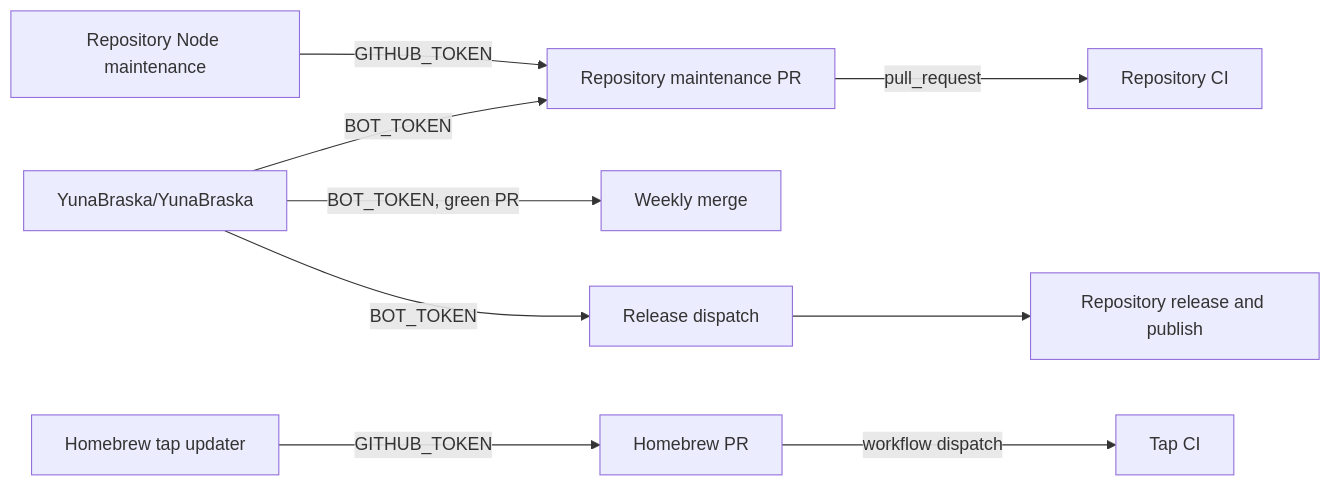
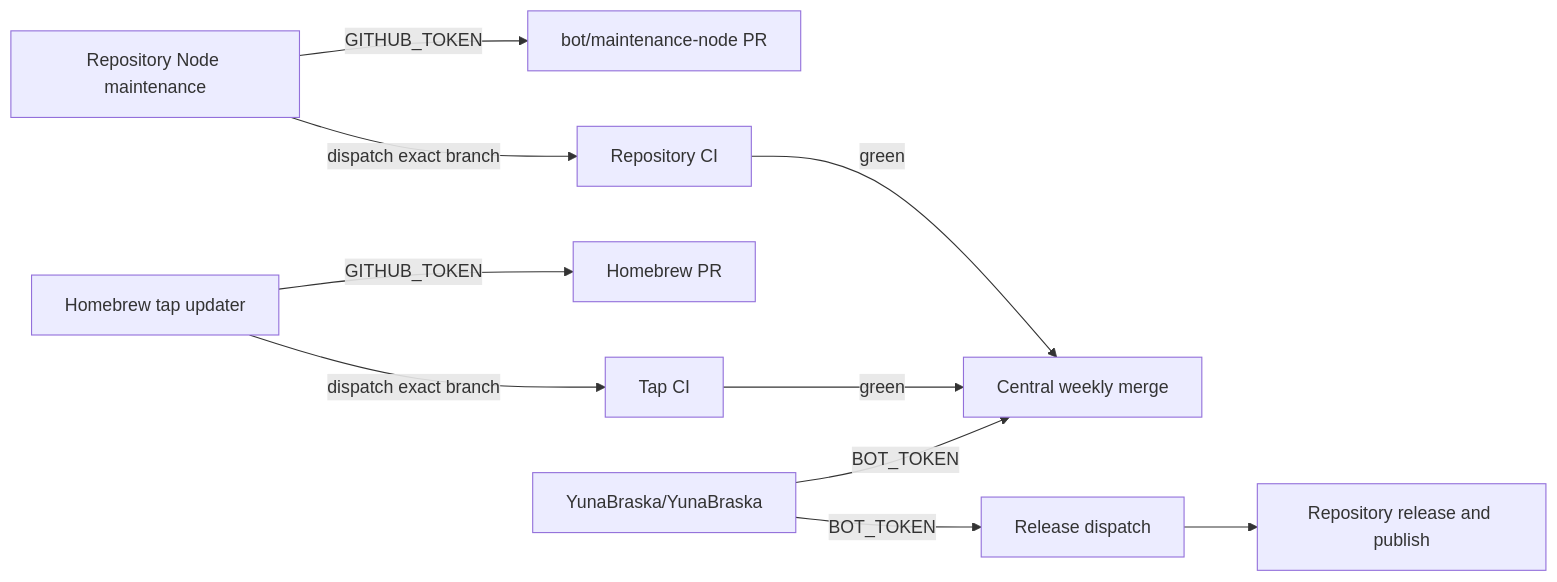
One commit to YunaBraska/YunaBraska changed the diagram in AUTOMATION.md. Above: the diagram before and after it, drawn with Mermaid. The commit also changed other lines of this file and 1 other file, not shown here.

Commit message:
fix: verify Node maintenance pull requests (#70)

````diff
--- a/AUTOMATION.md
+++ b/AUTOMATION.md
@@ -6,11 +6,12 @@
 ```mermaid
 flowchart LR
-  C[YunaBraska/YunaBraska] -->|BOT_TOKEN| R[Repository maintenance PR]
-  N[Repository Node maintenance] -->|GITHUB_TOKEN| R
+  N[Repository Node maintenance] -->|GITHUB_TOKEN| R[bot/maintenance-node PR]
+  N -->|dispatch exact branch| V[Repository CI]
+  V -->|green| M[Central weekly merge]
   T[Homebrew tap updater] -->|GITHUB_TOKEN| P[Homebrew PR]
-  R -->|pull_request| V[Repository CI]
-  P -->|workflow dispatch| H[Tap CI]
-  C -->|BOT_TOKEN, green PR| M[Weekly merge]
+  T -->|dispatch exact branch| H[Tap CI]
+  H -->|green| M
+  C[YunaBraska/YunaBraska] -->|BOT_TOKEN| M
   C -->|BOT_TOKEN| D[Release dispatch]
   D --> L[Repository release and publish]
 ```
````
